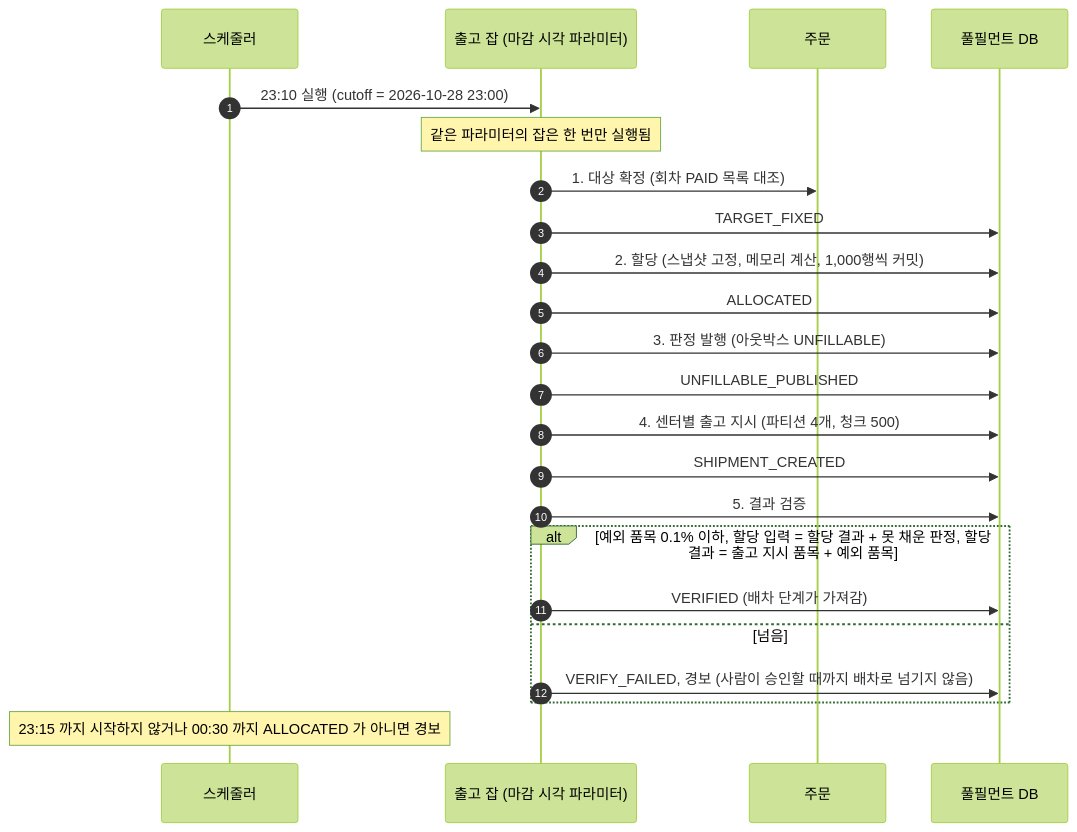
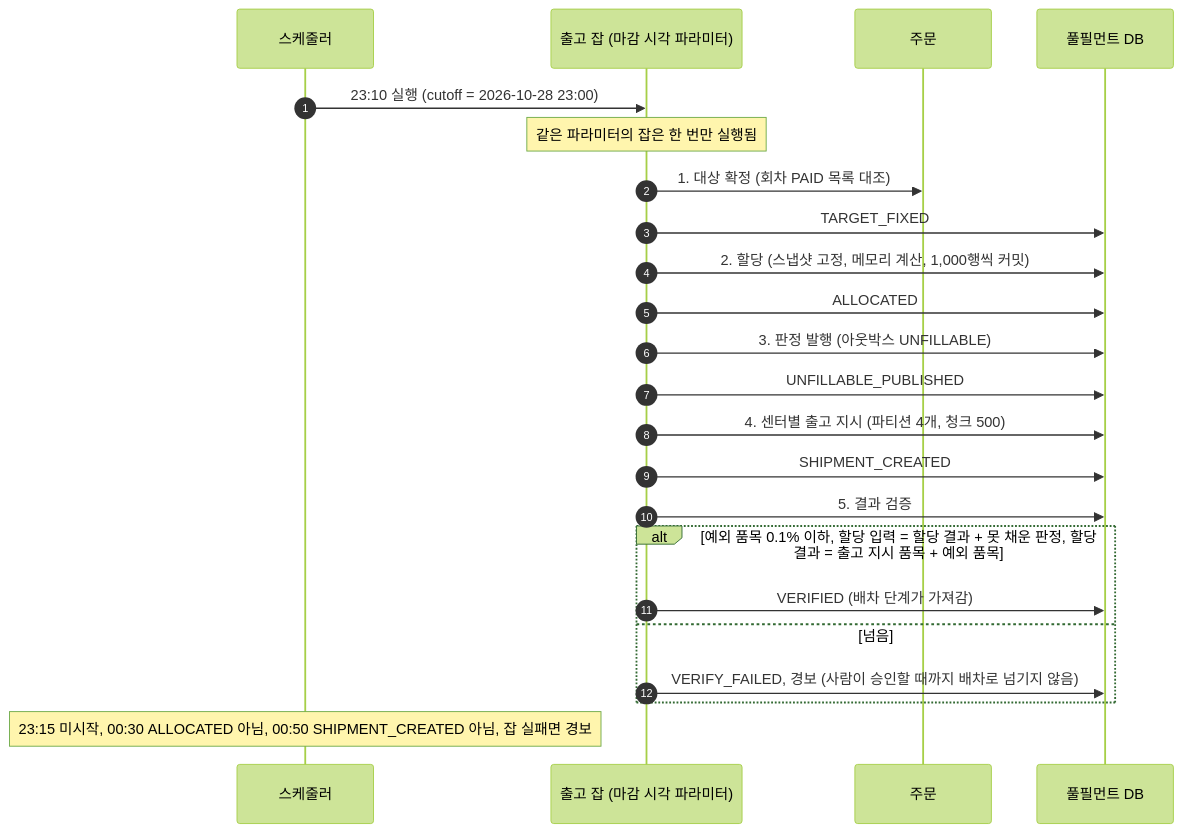
The second of 6 diagrams in docs/sequence/05-출고-배치.md (Bamdule/dawn-delivery-commerce), drawn with Mermaid (forest theme) before and after one commit. The commit also changed other lines of this file and 10 other files, not shown here.

````diff
--- a/docs/sequence/05-출고-배치.md
+++ b/docs/sequence/05-출고-배치.md
@@ -40,26 +44,26 @@
 ```mermaid
 sequenceDiagram
     autonumber
     participant 스케줄러
     participant 잡 as 출고 잡 (마감 시각 파라미터)
     participant 주문
     participant DB as 풀필먼트 DB
 
     스케줄러->>잡: 23:10 실행 (cutoff = 2026-10-28 23:00)
     Note over 잡: 같은 파라미터의 잡은 한 번만 실행됨
     잡->>주문: 1. 대상 확정 (회차 PAID 목록 대조)
     잡->>DB: TARGET_FIXED
     잡->>DB: 2. 할당 (스냅샷 고정, 메모리 계산, 1,000행씩 커밋)
     잡->>DB: ALLOCATED
     잡->>DB: 3. 판정 발행 (아웃박스 UNFILLABLE)
     잡->>DB: UNFILLABLE_PUBLISHED
     잡->>DB: 4. 센터별 출고 지시 (파티션 4개, 청크 500)
     잡->>DB: SHIPMENT_CREATED
     잡->>DB: 5. 결과 검증
     alt 예외 품목 0.1% 이하, 할당 입력 = 할당 결과 + 못 채운 판정, 할당 결과 = 출고 지시 품목 + 예외 품목
         잡->>DB: VERIFIED (배차 단계가 가져감)
     else 넘음
         잡->>DB: VERIFY_FAILED, 경보 (사람이 승인할 때까지 배차로 넘기지 않음)
     end
-    Note over 스케줄러: 23:15 까지 시작하지 않거나 00:30 까지 ALLOCATED 가 아니면 경보
+    Note over 스케줄러: 23:15 미시작, 00:30 ALLOCATED 아님, 00:50 SHIPMENT_CREATED 아님, 잡 실패면 경보
 ```
````
